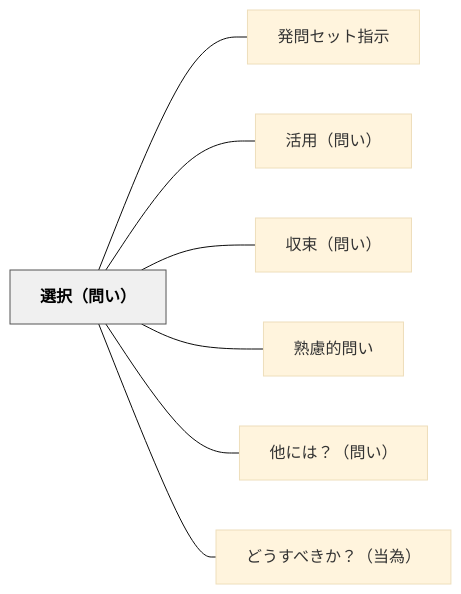
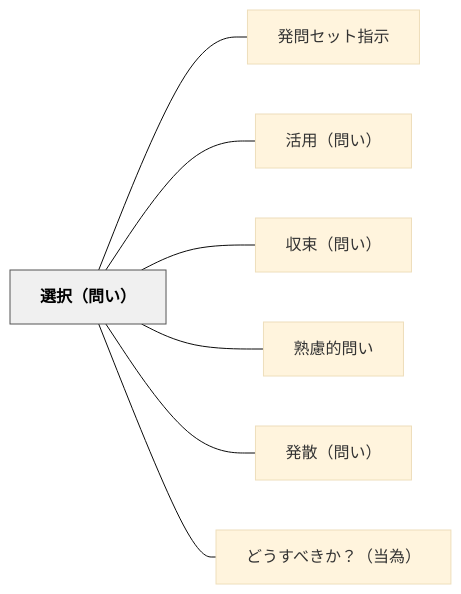
Before and after one commit to unknownthings-ed-patterns/unknownthings-ed-patterns: the diagram in content/パタン/選択（問い）.md, drawn with Mermaid (base theme). The commit also changed other lines of this file and 37 other files, not shown here.

````diff
--- a/content/パタン/選択（問い）.md
+++ b/content/パタン/選択（問い）.md
@@ -43,20 +45,20 @@
 ```mermaid
 flowchart LR
     ne981b8e68a9eefbc88e5958fe38184efbc89["選択（問い）"]
     ne799bae5958fe382bbe38383e38388e68c87e7a4ba["発問セット指示"]
     ne6b4bbe794a8efbc88e5958fe38184efbc89["活用（問い）"]
     ne58f8ee69d9fefbc88e5958fe38184efbc89["収束（問い）"]
     ne7869fe685aee79a84e5958fe38184["熟慮的問い"]
-    ne4bb96e381abe381afefbc9fefbc88e5958fe38184efbc89["他には？（問い）"]
+    ne799bae695a3efbc88e5958fe38184efbc89["発散（問い）"]
     ne381a9e38186e38199e381b9e3818de3818befbc9fefbc88e5bd93e782baefbc89["どうすべきか？（当為）"]
 
     ne981b8e68a9eefbc88e5958fe38184efbc89 --- ne799bae5958fe382bbe38383e38388e68c87e7a4ba
     ne981b8e68a9eefbc88e5958fe38184efbc89 --- ne6b4bbe794a8efbc88e5958fe38184efbc89
     ne981b8e68a9eefbc88e5958fe38184efbc89 --- ne58f8ee69d9fefbc88e5958fe38184efbc89
     ne981b8e68a9eefbc88e5958fe38184efbc89 --- ne7869fe685aee79a84e5958fe38184
-    ne981b8e68a9eefbc88e5958fe38184efbc89 --- ne4bb96e381abe381afefbc9fefbc88e5958fe38184efbc89
+    ne981b8e68a9eefbc88e5958fe38184efbc89 --- ne799bae695a3efbc88e5958fe38184efbc89
     ne981b8e68a9eefbc88e5958fe38184efbc89 --- ne381a9e38186e38199e381b9e3818de3818befbc9fefbc88e5bd93e782baefbc89
 
     classDef hub fill:#f0f0f0,stroke:#555,color:#000,font-weight:bold
     class ne981b8e68a9eefbc88e5958fe38184efbc89 hub
 ```
````
